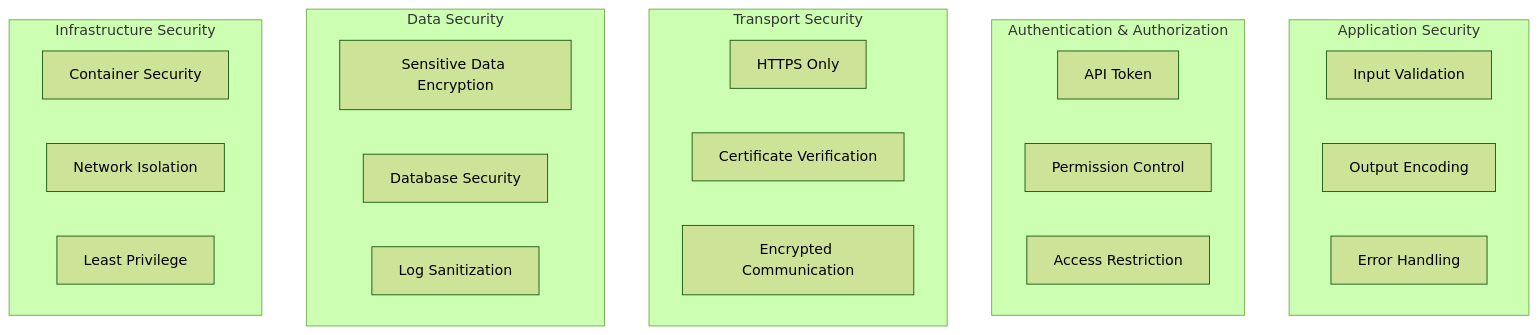
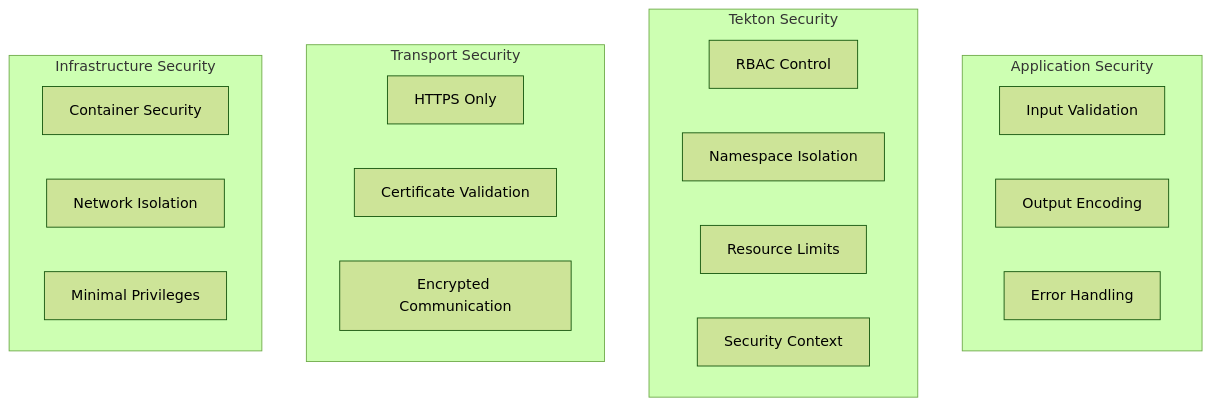
The sixth of 7 diagrams in docs/en/architecture.md (johnnynv/RepoSentry), drawn with Mermaid (forest theme) before and after one commit. The commit also changed other lines of this file and 53 other files, not shown here.

````diff
--- a/docs/en/architecture.md
+++ b/docs/en/architecture.md
@@ -262,32 +363,27 @@
 ```mermaid
 graph TB
     subgraph "Application Security"
         A1[Input Validation]
         A2[Output Encoding]
         A3[Error Handling]
     end
     
-    subgraph "Authentication & Authorization"
-        B1[API Token]
-        B2[Permission Control]
-        B3[Access Restriction]
+    subgraph "Tekton Security"
+        B1[RBAC Control]
+        B2[Namespace Isolation]
+        B3[Resource Limits]
+        B4[Security Context]
     end
     
     subgraph "Transport Security"
         C1[HTTPS Only]
-        C2[Certificate Verification]
+        C2[Certificate Validation]
         C3[Encrypted Communication]
     end
     
-    subgraph "Data Security"
-        D1[Sensitive Data Encryption]
-        D2[Database Security]
-        D3[Log Sanitization]
-    end
-    
     subgraph "Infrastructure Security"
-        E1[Container Security]
-        E2[Network Isolation]
-        E3[Least Privilege]
+        D1[Container Security]
+        D2[Network Isolation]
+        D3[Minimal Privileges]
     end
 ```
````
